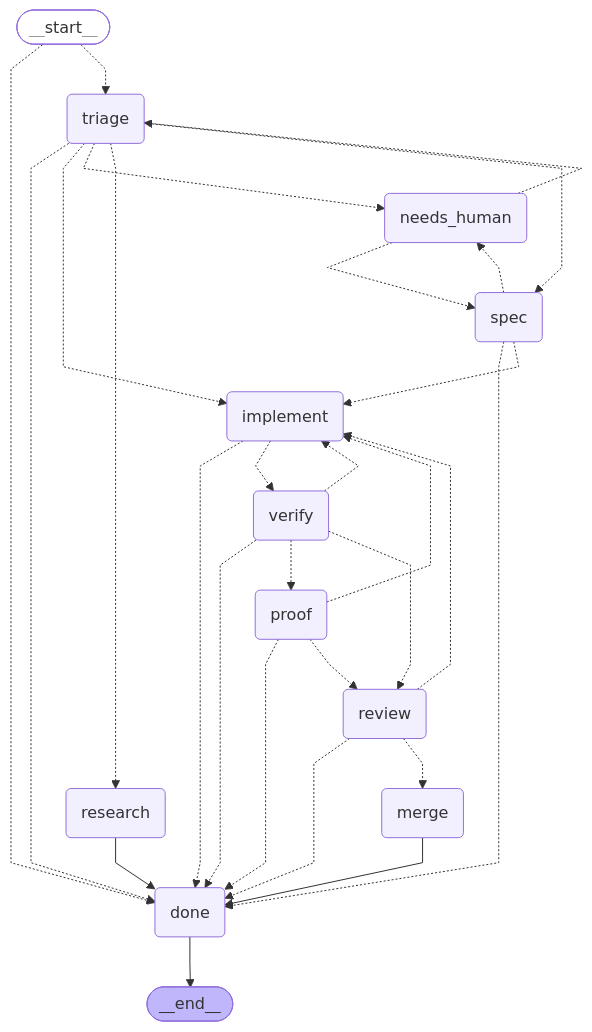
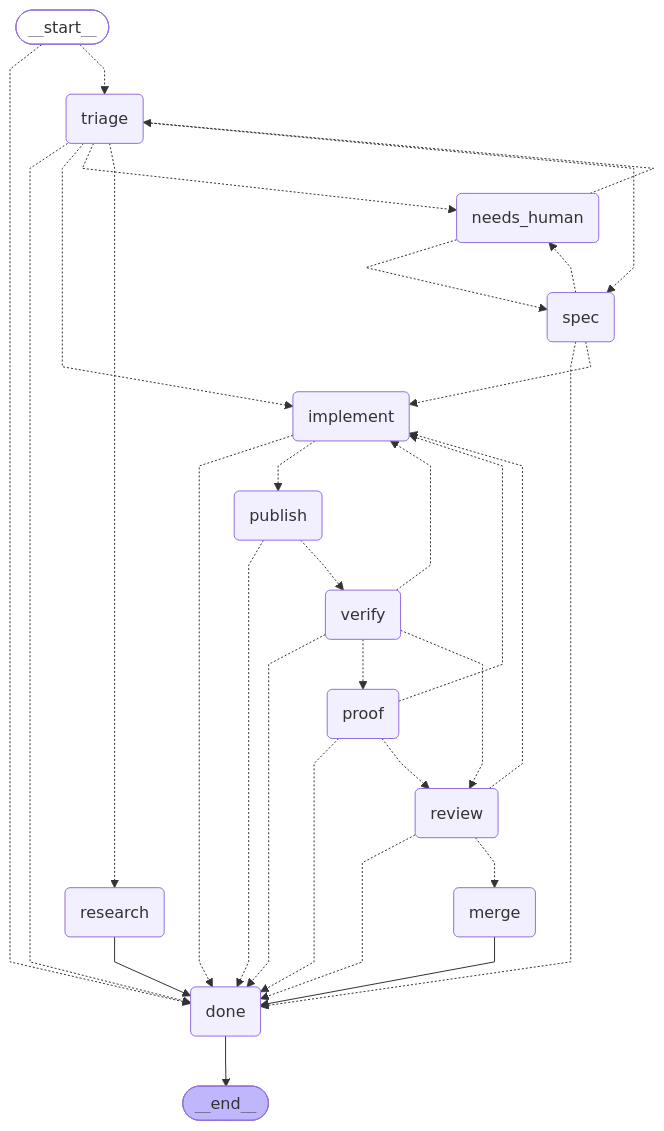
The diagram in README.md (bookout-labs/tools), drawn with Mermaid before and after one commit. The commit also changed other lines of this file and 13 other files, not shown here.

````diff
--- a/README.md
+++ b/README.md
@@ -9,51 +9,54 @@
 ```mermaid
 ---
 config:
   flowchart:
     curve: linear
 ---
 graph TD;
 	__start__([<p>__start__</p>]):::first
 	triage(triage)
 	research(research)
 	spec(spec)
 	implement(implement)
 	verify(verify)
 	review(review)
+	publish(publish)
 	proof(proof)
 	needs_human(needs_human)
 	merge(merge)
 	done(done)
 	__end__([<p>__end__</p>]):::last
 	__start__ -.-> done;
 	__start__ -.-> triage;
 	implement -.-> done;
-	implement -.-> verify;
+	implement -.-> publish;
 	merge --> done;
 	needs_human -.-> spec;
 	needs_human -.-> triage;
 	proof -.-> done;
 	proof -.-> implement;
 	proof -.-> review;
+	publish -.-> done;
+	publish -.-> verify;
 	research --> done;
 	review -.-> done;
 	review -.-> implement;
 	review -.-> merge;
 	spec -.-> done;
 	spec -.-> implement;
 	spec -.-> needs_human;
 	triage -.-> done;
 	triage -.-> implement;
 	triage -.-> needs_human;
 	triage -.-> research;
 	triage -.-> spec;
 	verify -.-> done;
 	verify -.-> implement;
 	verify -.-> proof;
 	verify -.-> review;
 	done --> __end__;
 	classDef default fill:#f2f0ff,line-height:1.2
 	classDef first fill-opacity:0
 	classDef last fill:#bfb6fc
 
 ```
````
